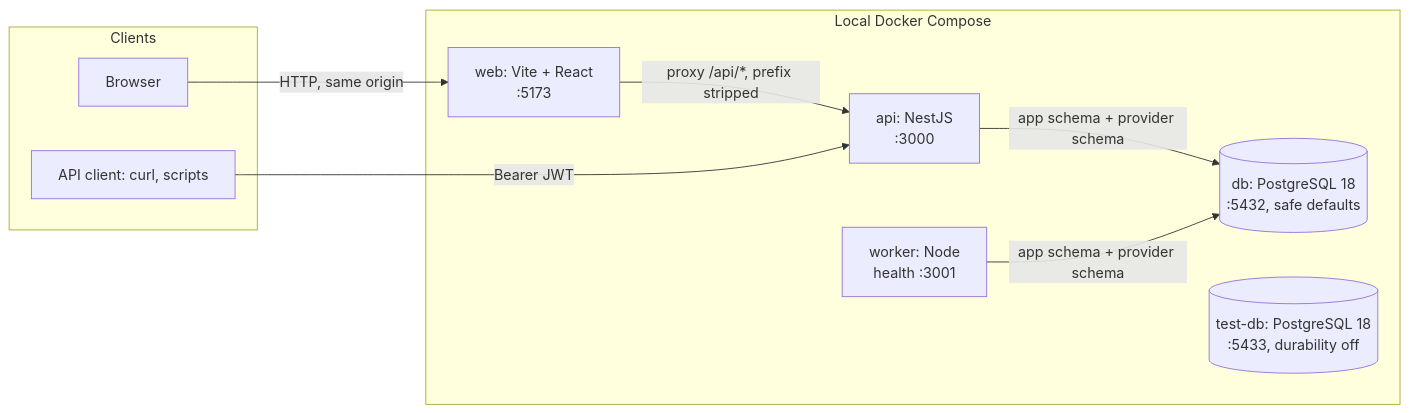
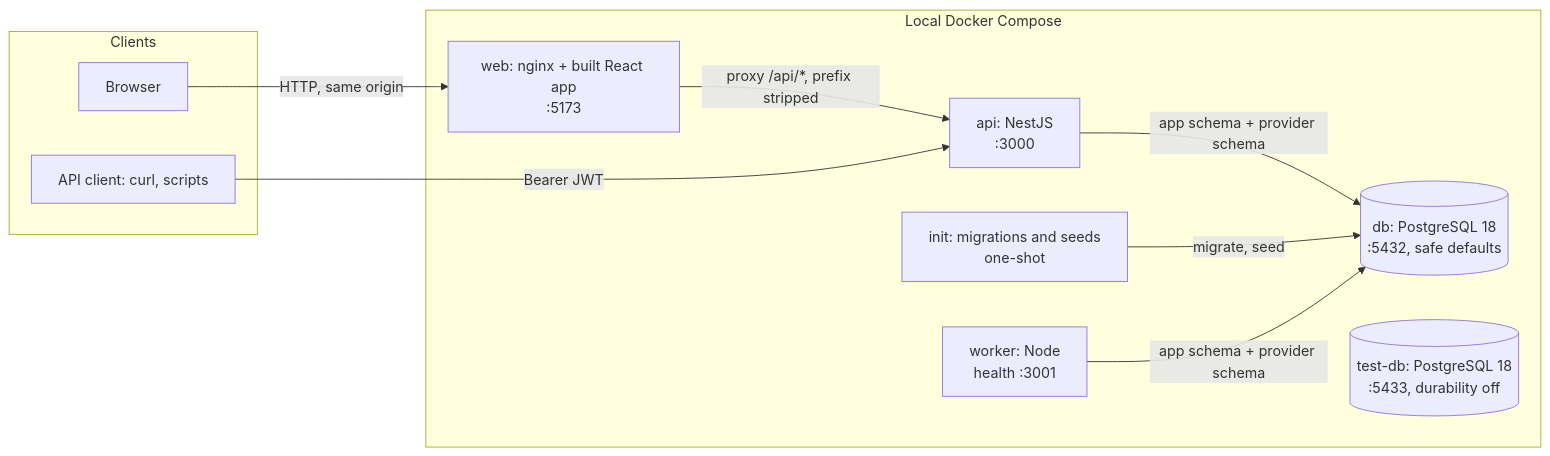
The first of 10 diagrams in project_spec.md (intimanjunath/Merchant-payment-processing-platform), drawn with Mermaid before and after one commit. The commit also changed other lines of this file and 1 other file, not shown here.

````diff
--- a/project_spec.md
+++ b/project_spec.md
@@ -23,19 +23,21 @@
 ```mermaid
 flowchart LR
     subgraph Clients
         B[Browser]
         C[API client: curl, scripts]
     end
     subgraph Local Docker Compose
-        WEB[web: Vite + React<br/>:5173]
+        INIT[init: migrations and seeds<br/>one-shot]
+        WEB[web: nginx + built React app<br/>:5173]
         API[api: NestJS<br/>:3000]
         WRK[worker: Node<br/>health :3001]
         DB[(db: PostgreSQL 18<br/>:5432, safe defaults)]
         TDB[(test-db: PostgreSQL 18<br/>:5433, durability off)]
     end
     B -->|HTTP, same origin| WEB
     WEB -->|proxy /api/*, prefix stripped| API
     C -->|Bearer JWT| API
     API -->|app schema + provider schema| DB
+    INIT -->|migrate, seed| DB
     WRK -->|app schema + provider schema| DB
 ```
````
